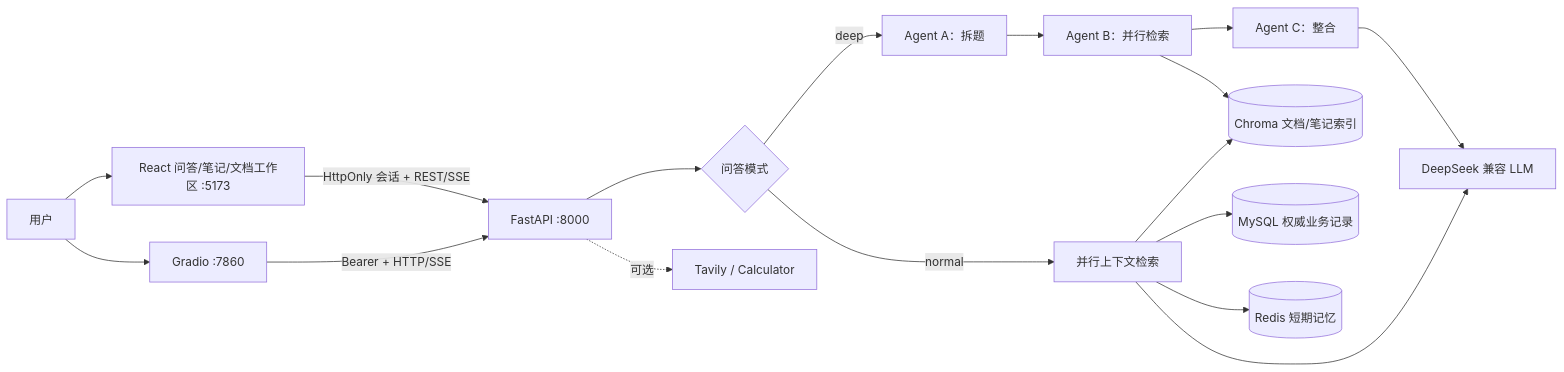
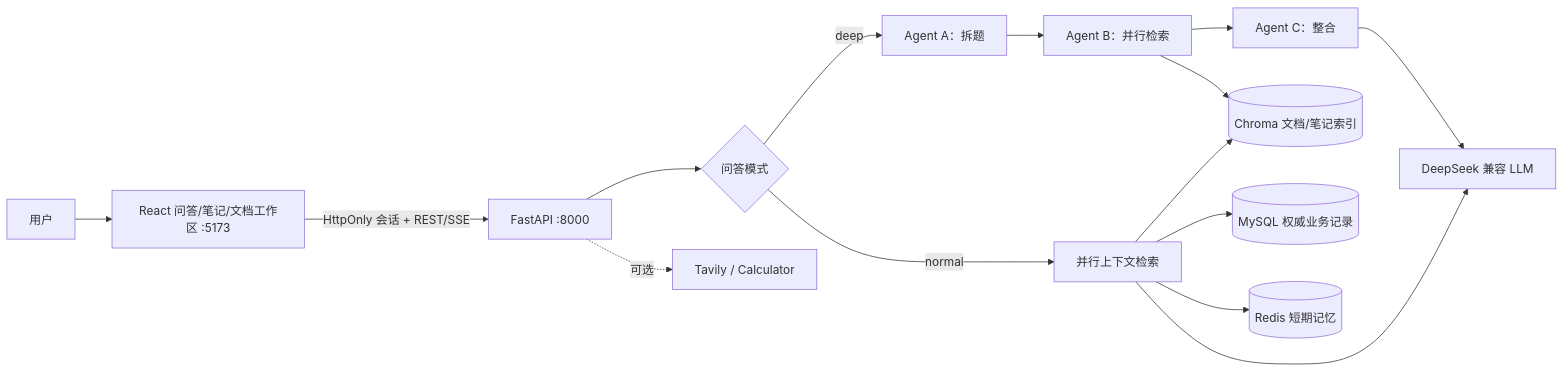
One commit to louwangss/ai-knowledge-qa changed the diagram in README.md. Above: the diagram before and after it, drawn with Mermaid. The commit also changed other lines of this file and 19 other files, not shown here.

````diff
--- a/README.md
+++ b/README.md
@@ -18,21 +18,19 @@
 ```mermaid
 flowchart LR
-    U["用户"] --> G["Gradio :7860"]
-    U --> W["React 问答/笔记/文档工作区 :5173"]
-    G -->|"Bearer + HTTP/SSE"| A["FastAPI :8000"]
-    W -->|"HttpOnly 会话 + REST/SSE"| A
+    U["用户"] --> W["React 问答/笔记/文档工作区 :5173"]
+    W -->|"HttpOnly 会话 + REST/SSE"| A["FastAPI :8000"]
 
     A --> M{"问答模式"}
     M -->|"normal"| R["并行上下文检索"]
     M -->|"deep"| D["Agent A：拆题"]
     D --> E["Agent B：并行检索"]
     E --> S["Agent C：整合"]
 
     R --> C[("Chroma 文档/笔记索引")]
     E --> C
     R --> MY[("MySQL 权威业务记录")]
     R --> RE[("Redis 短期记忆")]
     R --> L["DeepSeek 兼容 LLM"]
     S --> L
     A -. "可选" .-> T["Tavily / Calculator"]
 ```
````
